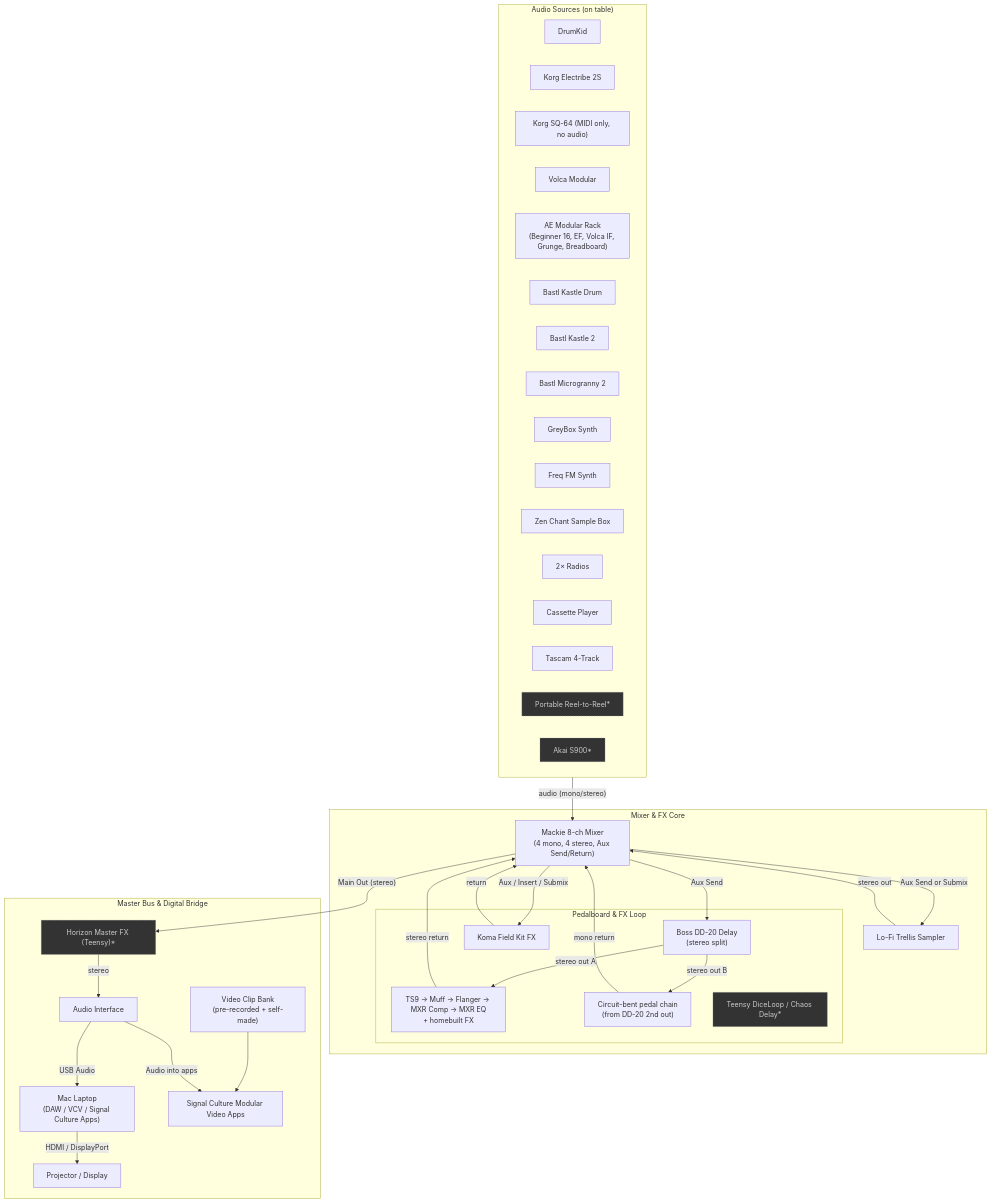
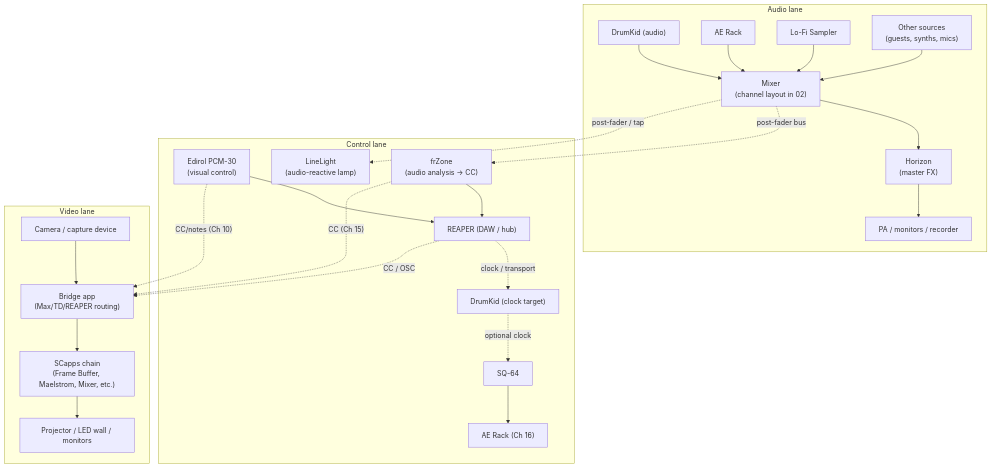
One commit to bseverns/live-rig changed the diagram in 01_system-overview.md. Above: the diagram before and after it, drawn with Mermaid. The commit also changed other lines of this file and 7 other files, not shown here.

Commit message:
Clarifying equipment/flows

````diff
--- a/01_system-overview.md
+++ b/01_system-overview.md
@@ -3,73 +29,52 @@
 ```mermaid
 flowchart TB
+    subgraph Audio["Audio lane"]
+        DrumKidAudio["DrumKid (audio)"]
+        AERack["AE Rack"]
+        LoFiSampler["Lo-Fi Sampler"]
+        OtherSources["Other sources<br/>(guests, synths, mics)"]
+        Mixer["Mixer<br/>(channel layout in 02)"]
+        Horizon["Horizon<br/>(master FX)"]
+        PA["PA / monitors / recorder"]
 
-  %% ===== AUDIO SOURCES =====
-  subgraph AudioSources["Audio Sources (on table)"]
-    DrumKid["DrumKid"]
-    E2S["Korg Electribe 2S"]
-    SQ64["Korg SQ-64 (MIDI only, no audio)"]
-    Volca["Volca Modular"]
-    AE["AE Modular Rack<br/>(Beginner 16, EF, Volca IF, Grunge, Breadboard)"]
-    KastleD["Bastl Kastle Drum"]
-    Kastle2["Bastl Kastle 2"]
-    Microgranny["Bastl Microgranny 2"]
-    GreyBox["GreyBox Synth"]
-    FreqFM["Freq FM Synth"]
-    ZenBox["Zen Chant Sample Box"]
-    Radios["2× Radios"]
-    Cassette["Cassette Player"]
-    Tascam["Tascam 4-Track"]
-    Reel["Portable Reel-to-Reel*"]
-    AkaiS900["Akai S900*"]
-  end
+        DrumKidAudio --> Mixer
+        AERack --> Mixer
+        LoFiSampler --> Mixer
+        OtherSources --> Mixer
+        Mixer --> Horizon --> PA
+    end
 
-  %% ===== MIXER & FX CORE =====
-  subgraph MixerCore["Mixer & FX Core"]
-    Mackie["Mackie 8-ch Mixer<br/>(4 mono, 4 stereo, Aux Send/Return)"]
-    subgraph FXLoop["Pedalboard & FX Loop"]
-      DD20["Boss DD-20 Delay<br/>(stereo split)"]
-      PedalChain["TS9 → Muff → Flanger → MXR Comp → MXR EQ<br/>+ homebuilt FX"]
-      BentChain["Circuit-bent pedal chain<br/>(from DD-20 2nd out)"]
-      FieldKit["Koma Field Kit FX"]
-      DiceLoop["Teensy DiceLoop / Chaos Delay*"]
+    subgraph Control["Control lane"]
+        Reaper["REAPER (DAW / hub)"]
+        DrumKidCtrl["DrumKid (clock target)"]
+        SQ64["SQ-64"]
+        AERackCtrl["AE Rack (Ch 16)"]
+        Edirol["Edirol PCM-30<br/>(visual control)"]
+        frZone["frZone<br/>(audio analysis → CC)"]
+        LineLight["LineLight<br/>(audio-reactive lamp)"]
+
+        Reaper -. clock / transport .-> DrumKidCtrl
+        DrumKidCtrl -. optional clock .-> SQ64
+        SQ64 --> AERackCtrl
+
+        Mixer -. post-fader bus .-> frZone
+        Mixer -. post-fader / tap .-> LineLight
+
+        Edirol --> Reaper
+        frZone --> Reaper
     end
-    LoFiSampler["Lo-Fi Trellis Sampler"]
-  end
 
-  %% ===== MASTER / DSP / MAC / VISUALS =====
-  subgraph MasterBus["Master Bus & Digital Bridge"]
-    Horizon["Horizon Master FX (Teensy)*"]
-    Interface["Audio Interface"]
-    Mac["Mac Laptop<br/>(DAW / VCV / Signal Culture Apps)"]
-    VideoBank["Video Clip Bank<br/>(pre-recorded + self-made)"]
-    SCApps["Signal Culture Modular Video Apps"]
-    Projector["Projector / Display"]
-  end
+    subgraph Video["Video lane"]
+        Camera["Camera / capture device"]
+        Bridge["Bridge app<br/>(Max/TD/REAPER routing)"]
+        SCapps["SCapps chain<br/>(Frame Buffer, Maelstrom, Mixer, etc.)"]
+        Screens["Projector / LED wall / monitors"]
 
-  %% ===== AUDIO ROUTING (HIGH LEVEL) =====
-  AudioSources -->|"audio (mono/stereo)"| Mackie
+        Camera --> Bridge --> SCapps --> Screens
+    end
 
-  Mackie -->|"Aux Send"| DD20
-  DD20 -->|"stereo out A"| PedalChain
-  DD20 -->|"stereo out B"| BentChain
-  PedalChain -->|"stereo return"| Mackie
-  BentChain -->|"mono return"| Mackie
-
-  Mackie -->|"Aux / Insert / Submix"| FieldKit
-  FieldKit -->|"return"| Mackie
-
-  Mackie -->|"Aux Send or Submix"| LoFiSampler
-  LoFiSampler -->|"stereo out"| Mackie
-
-  Mackie -->|"Main Out (stereo)"| Horizon
-  Horizon -->|"stereo"| Interface
-  Interface -->|"USB Audio"| Mac
-  Mac -->|"HDMI / DisplayPort"| Projector
-
-  %% Video flow inside Mac
-  VideoBank --> SCApps
-  Interface -->|"Audio into apps"| SCApps
-
-  classDef future fill:#333,stroke:#999,color:#ccc,stroke-dasharray: 3 3;
-  class DiceLoop,AkaiS900,Reel,Horizon future;
+    %% Cross-lane connections
+    Reaper -. CC / OSC .-> Bridge
+    frZone -. CC (Ch 15) .-> Bridge
+    Edirol -. CC/notes (Ch 10) .-> Bridge
 ```
````
